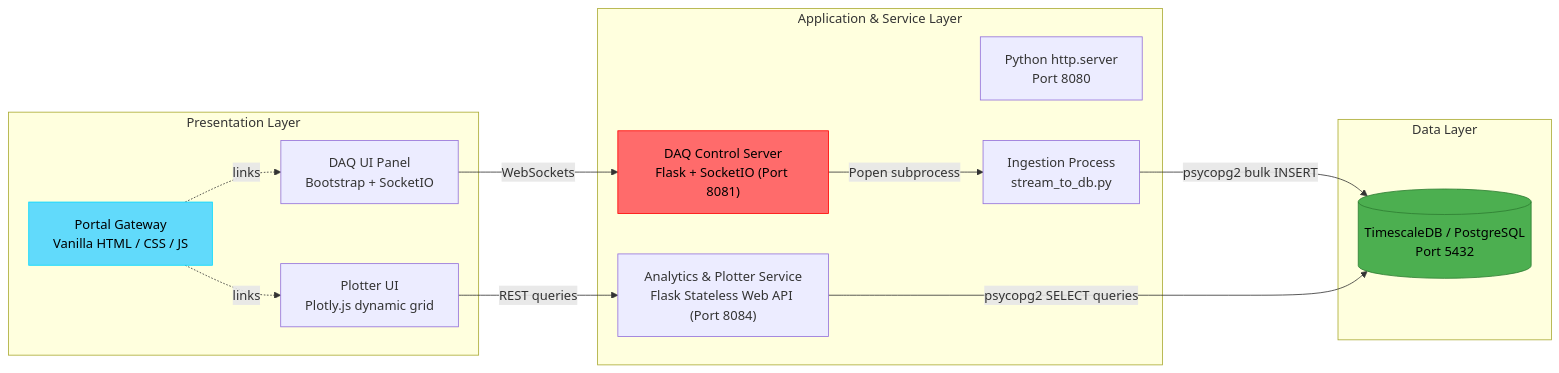
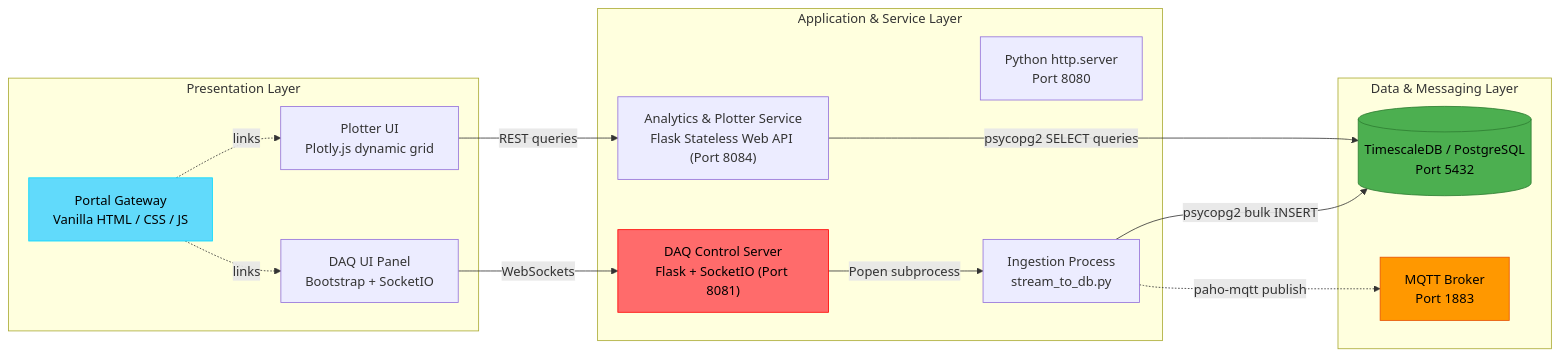
One commit to Faiisu/DAQ-USB-4716 changed the second of 3 diagrams in README.md. Above: the diagram before and after it, drawn with Mermaid. The commit also changed other lines of this file and 12 other files, not shown here.

Commit message:
update sending data through mqtt

````diff
--- a/README.md
+++ b/README.md
@@ -49,33 +49,36 @@
 ```mermaid
 graph LR
     subgraph "Presentation Layer"
         Portal[Portal Gateway<br/>Vanilla HTML / CSS / JS]
         DAQView[DAQ UI Panel<br/>Bootstrap + SocketIO]
         PlotView[Plotter UI<br/>Plotly.js dynamic grid]
     end
 
     subgraph "Application & Service Layer"
         WebServer[Python http.server<br/>Port 8080]
         DAQGUISvc["DAQ Control Server<br/>Flask + SocketIO (Port 8081)"]
         PlotSvc["Analytics & Plotter Service<br/>Flask Stateless Web API (Port 8084)"]
         DAQStream[Ingestion Process<br/>stream_to_db.py]
     end
 
-    subgraph "Data Layer"
+    subgraph "Data & Messaging Layer"
         TimescaleDB[(TimescaleDB / PostgreSQL<br/>Port 5432)]
+        MQTTBroker[MQTT Broker<br/>Port 1883]
     end
 
     Portal -.->|links| DAQView
     Portal -.->|links| PlotView
 
     DAQView -->|WebSockets| DAQGUISvc
     DAQGUISvc -->|Popen subprocess| DAQStream
     PlotView -->|REST queries| PlotSvc
 
     DAQStream -->|psycopg2 bulk INSERT| TimescaleDB
+    DAQStream -.->|paho-mqtt publish| MQTTBroker
     PlotSvc -->|psycopg2 SELECT queries| TimescaleDB
 
     style Portal fill:#61dafb,stroke:#00d8ff,color:#000
     style DAQGUISvc fill:#ff6b6b,stroke:#ff0000,color:#000
     style TimescaleDB fill:#4caf50,stroke:#2e7d32,color:#000
+    style MQTTBroker fill:#ff9800,stroke:#e65100,color:#000
 ```
````
